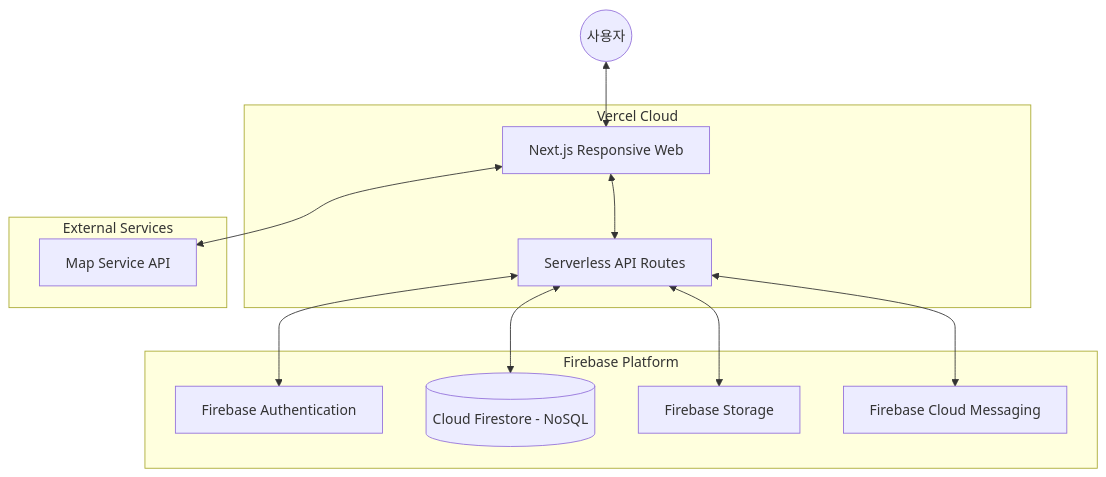
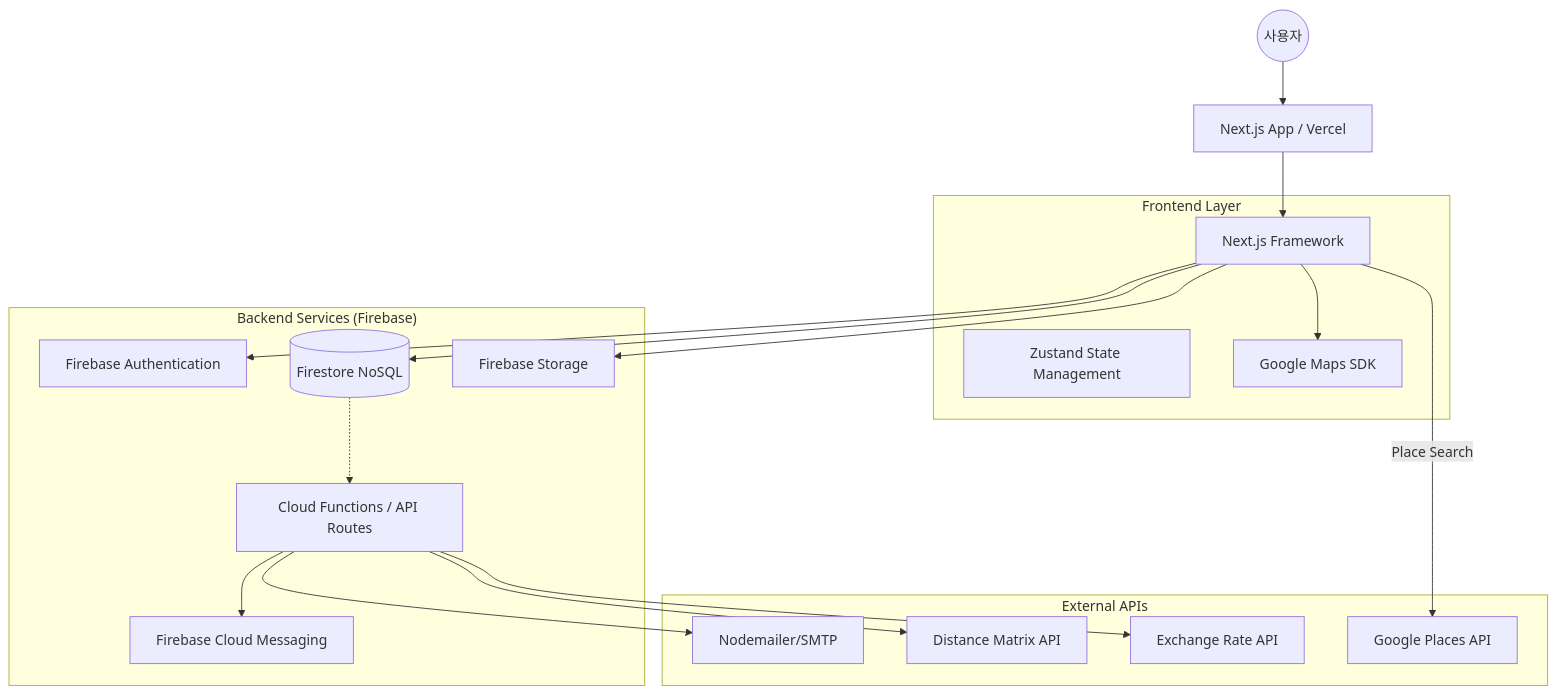
The diagram in doc/architecture/architecture-hld.md (gksxogksxo1001-sketch/SNS), drawn with Mermaid before and after one commit. The commit also changed other lines of this file and 30 other files, not shown here.

````diff
--- a/doc/architecture/architecture-hld.md
+++ b/doc/architecture/architecture-hld.md
@@ -18,28 +8,40 @@
 ```mermaid
 graph TD
     User((사용자))
+    LB[Next.js App / Vercel]
     
-    subgraph Vercel_Cloud [Vercel Cloud]
-        App[Next.js Responsive Web]
-        APIRoutes[Serverless API Routes]
+    subgraph "Frontend Layer"
+        Next[Next.js Framework]
+        Zustand[Zustand State Management]
+        GMap[Google Maps SDK]
     end
-    
-    subgraph Firebase_Platform [Firebase Platform]
+
+    subgraph "Backend Services (Firebase)"
         Auth[Firebase Authentication]
-        DB[(Cloud Firestore - NoSQL)]
+        DB[(Firestore NoSQL)]
         Storage[Firebase Storage]
         FCM[Firebase Cloud Messaging]
-    end
-    
-    subgraph External_APIs [External Services]
-        Maps[Map Service API]
+        Functions[Cloud Functions / API Routes]
     end
 
-    User <--> App
-    App <--> APIRoutes
-    APIRoutes <--> Auth
-    APIRoutes <--> DB
-    APIRoutes <--> Storage
-    APIRoutes <--> FCM
-    App <--> Maps
+    subgraph "External APIs"
+        PlaceAPI[Google Places API]
+        DistAPI[Distance Matrix API]
+        Exchange[Exchange Rate API]
+        Mail[Nodemailer/SMTP]
+    end
+
+    User --> LB
+    LB --> Next
+    Next --> Auth
+    Next --> DB
+    Next --> Storage
+    Next --> GMap
+    
+    DB -.-> Functions
+    Functions --> FCM
+    Functions --> Mail
+    Functions --> DistAPI
+    Functions --> Exchange
+    Next -- Place Search --> PlaceAPI
 ```
````
